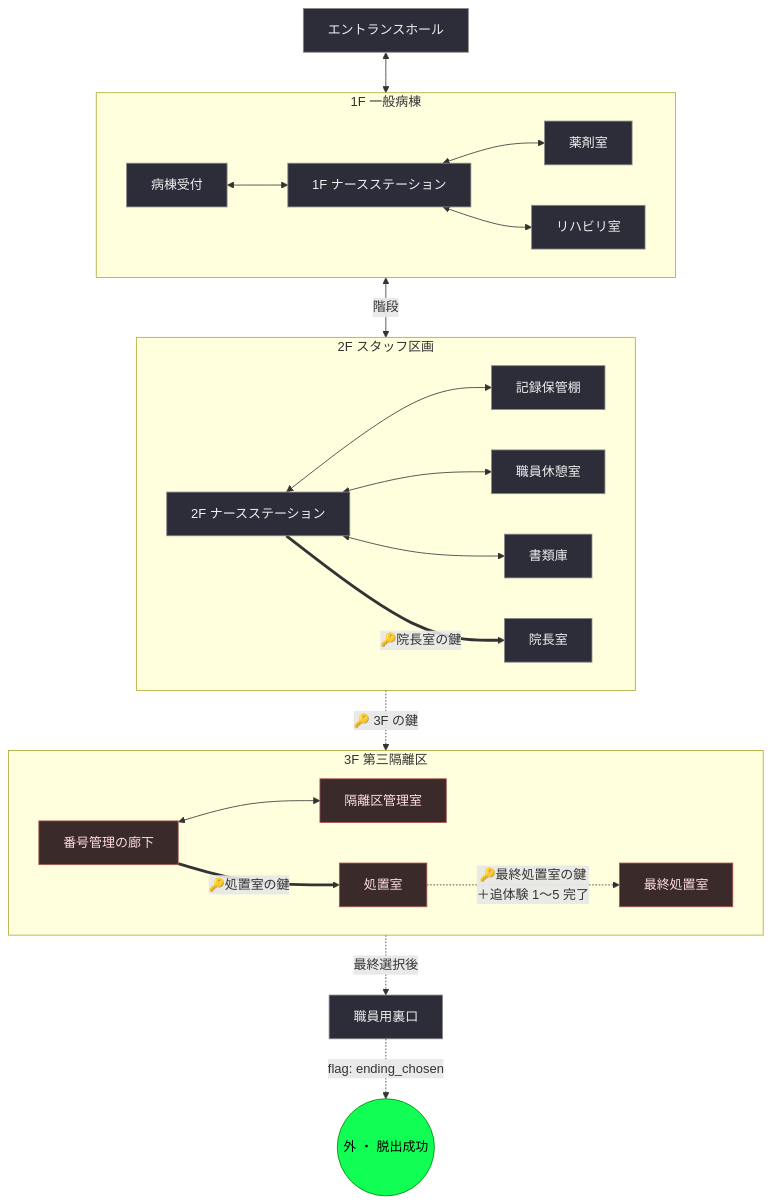
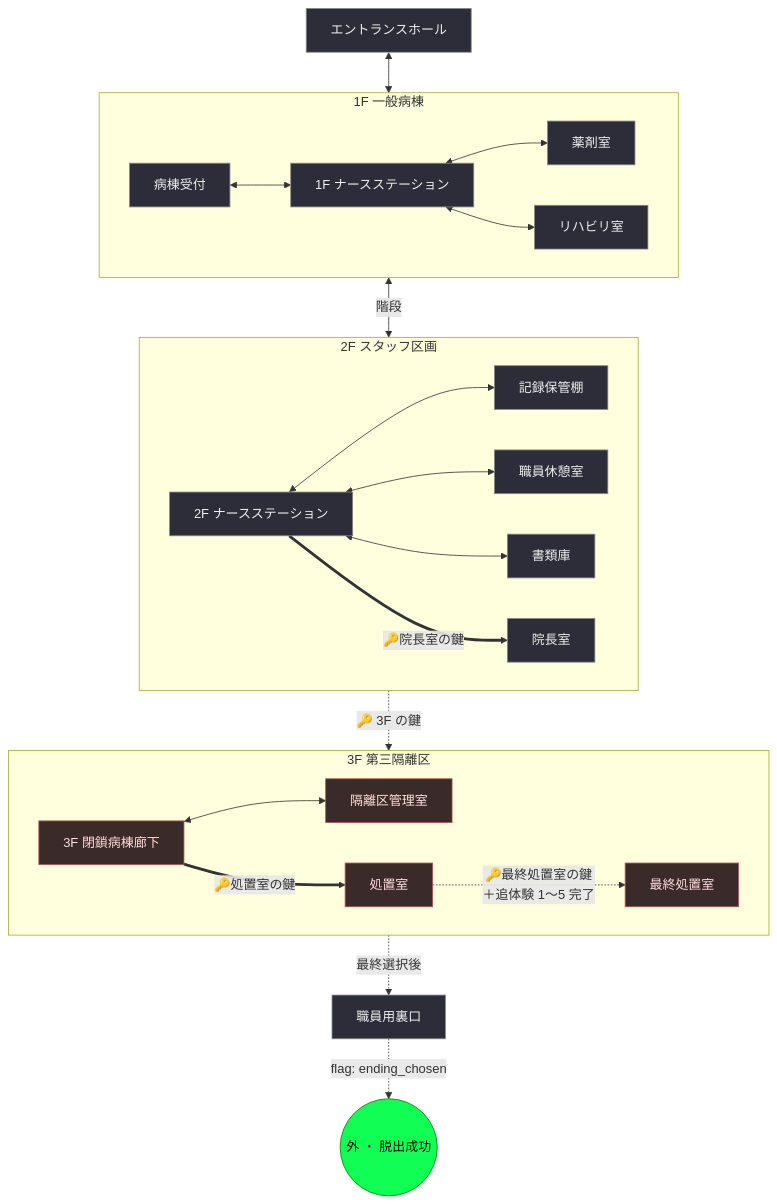
The first of 2 diagrams in docs/game/worlds/abandoned_hospital/map.md (Motifman/llm-rpg), drawn with Mermaid before and after one commit. The commit also changed other lines of this file and 25 other files, not shown here.

````diff
--- a/docs/game/worlds/abandoned_hospital/map.md
+++ b/docs/game/worlds/abandoned_hospital/map.md
@@ -53,55 +53,55 @@
 ```mermaid
 flowchart TB
   EH[エントランスホール]
 
   subgraph F1[1F 一般病棟]
     direction LR
     WR[病棟受付]
     NS1[1F ナースステーション]
     PH[薬剤室]
     RH[リハビリ室]
     WR <--> NS1
     NS1 <--> PH
     NS1 <--> RH
   end
 
   subgraph F2[2F スタッフ区画]
     direction LR
     NS2[2F ナースステーション]
     MR[記録保管棚]
     SR[職員休憩室]
     AR[書類庫]
     DO[院長室]
     NS2 <--> MR
     NS2 <--> SR
     NS2 <--> AR
     NS2 ==>|🔑院長室の鍵| DO
   end
 
   subgraph F3[3F 第三隔離区]
     direction LR
-    IC[番号管理の廊下]
+    IC[3F 閉鎖病棟廊下]
     ICT[隔離区管理室]
     TR[処置室]
     FR[最終処置室]
     IC <--> ICT
     IC ==>|🔑処置室の鍵| TR
     TR -.->|🔑最終処置室の鍵<br/>＋追体験 1〜5 完了| FR
   end
 
   RE[職員用裏口]
   OUT((外 ・ 脱出成功))
 
   EH <--> WR
   NS1 <-->|階段| NS2
   NS2 -.->|🔑 3F の鍵| IC
   FR -.->|最終選択後| RE
   RE -.->|flag: ending_chosen| OUT
 
   classDef hub fill:#2d2d3a,stroke:#888,color:#eee;
   classDef dungeon fill:#3a2a2a,stroke:#a55,color:#fdd;
   classDef goal fill:#1f5,stroke:#080,color:#000;
   class EH,WR,NS1,PH,RH,NS2,MR,SR,AR,DO,RE hub;
   class IC,ICT,TR,FR dungeon;
   class OUT goal;
 ```
````
